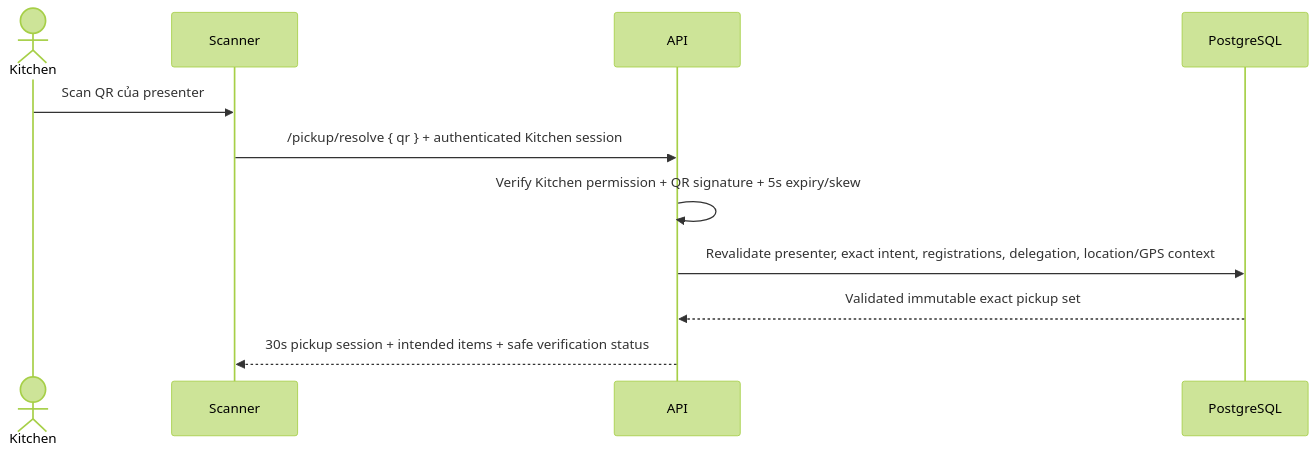
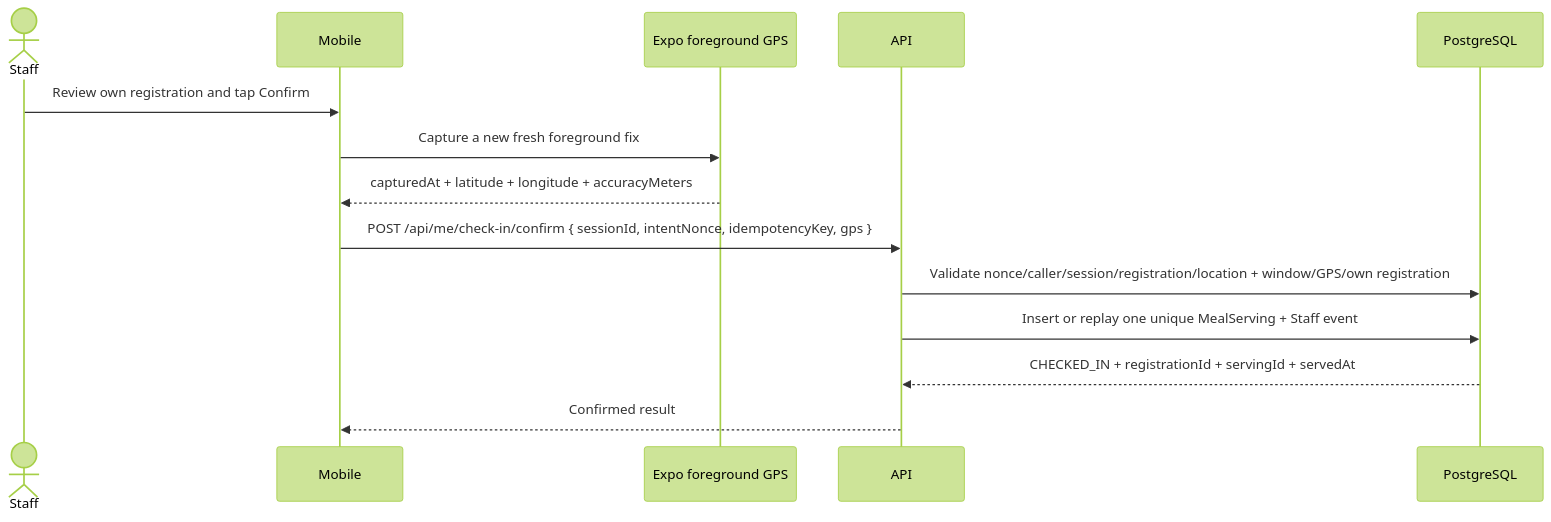
Before and after one commit to Wkiugt/IMeal-v3: the sixth of 8 diagrams in docs/03-product-flows.md, drawn with Mermaid (forest theme). The commit also changed other lines of this file and 129 other files, not shown here.

Commit message:
feat(check-in): replace pickup and delegation with staff self check-in

````diff
--- a/docs/03-product-flows.md
+++ b/docs/03-product-flows.md
@@ -493,14 +291,17 @@
 ```mermaid
 sequenceDiagram
-    actor K as Kitchen
-    participant SC as Scanner
+    actor S as Staff
+    participant M as Mobile
+    participant GPS as Expo foreground GPS
     participant API as API
     participant DB as PostgreSQL
 
-    K->>SC: Scan QR của presenter
-    SC->>API: /pickup/resolve { qr } + authenticated Kitchen session
-    API->>API: Verify Kitchen permission + QR signature + 5s expiry/skew
-    API->>DB: Revalidate presenter, exact intent, registrations, delegation, location/GPS context
-    DB-->>API: Validated immutable exact pickup set
-    API-->>SC: 30s pickup session + intended items + safe verification status
+    S->>M: Review own registration and tap Confirm
+    M->>GPS: Capture a new fresh foreground fix
+    GPS-->>M: capturedAt + latitude + longitude + accuracyMeters
+    M->>API: POST /api/me/check-in/confirm { sessionId, intentNonce, idempotencyKey, gps }
+    API->>DB: Validate nonce/caller/session/registration/location + window/GPS/own registration
+    API->>DB: Insert or replay one unique MealServing + Staff event
+    DB-->>API: CHECKED_IN + registrationId + servingId + servedAt
+    API-->>M: Confirmed result
 ```
````
